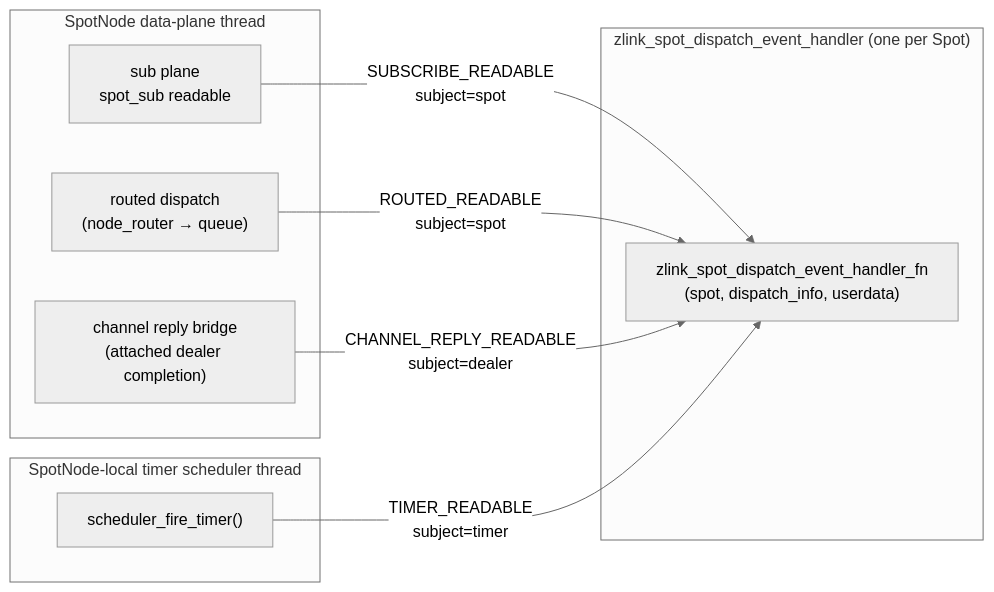
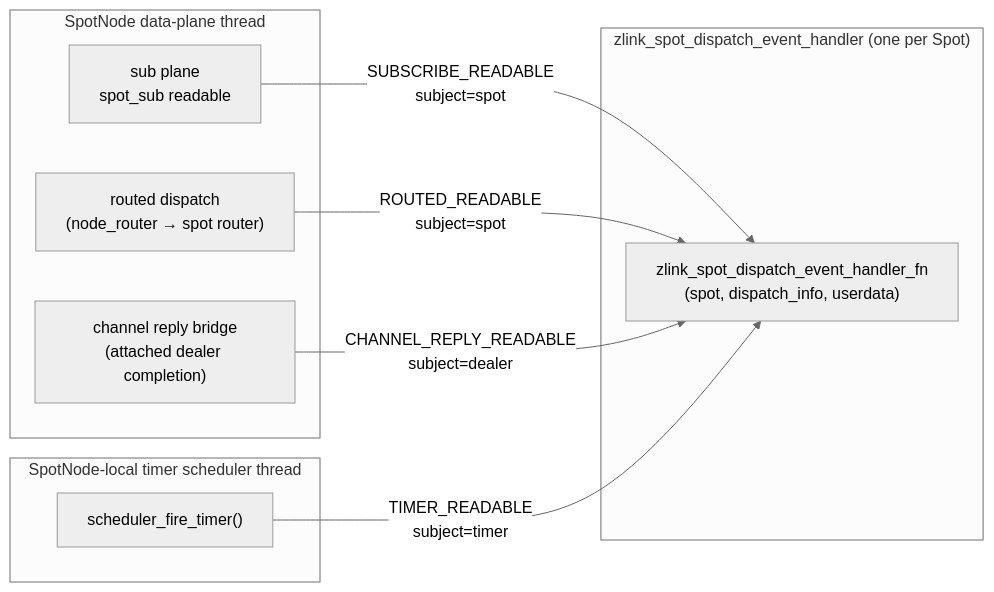
Diagram 14 of 15 in doc/internals/spot-internals.md (kairos-code-dev/zlink), drawn with Mermaid (neutral theme) before and after one commit. The commit also changed other lines of this file and 132 other files, not shown here.

````diff
--- a/doc/internals/spot-internals.md
+++ b/doc/internals/spot-internals.md
@@ -433,21 +433,21 @@
 ```mermaid
 flowchart LR
     subgraph DataPlane["SpotNode data-plane thread"]
         ingress["sub plane<br/>spot_sub readable"]
-        routed["routed dispatch<br/>(node_router → queue)"]
+        routed["routed dispatch<br/>(node_router → spot router)"]
         bridge["channel reply bridge<br/>(attached dealer completion)"]
     end
 
     subgraph Scheduler["SpotNode-local timer scheduler thread"]
         tick["scheduler_fire_timer()"]
     end
 
     subgraph UserHandler["zlink_spot_dispatch_event_handler (one per Spot)"]
         handler["zlink_spot_dispatch_event_handler_fn<br/>(spot, dispatch_info, userdata)"]
     end
 
     ingress -->|"SUBSCRIBE_READABLE<br/>subject=spot"| handler
     routed  -->|"ROUTED_READABLE<br/>subject=spot"| handler
     bridge  -->|"CHANNEL_REPLY_READABLE<br/>subject=dealer"| handler
     tick    -->|"TIMER_READABLE<br/>subject=timer"| handler
 ```
````
